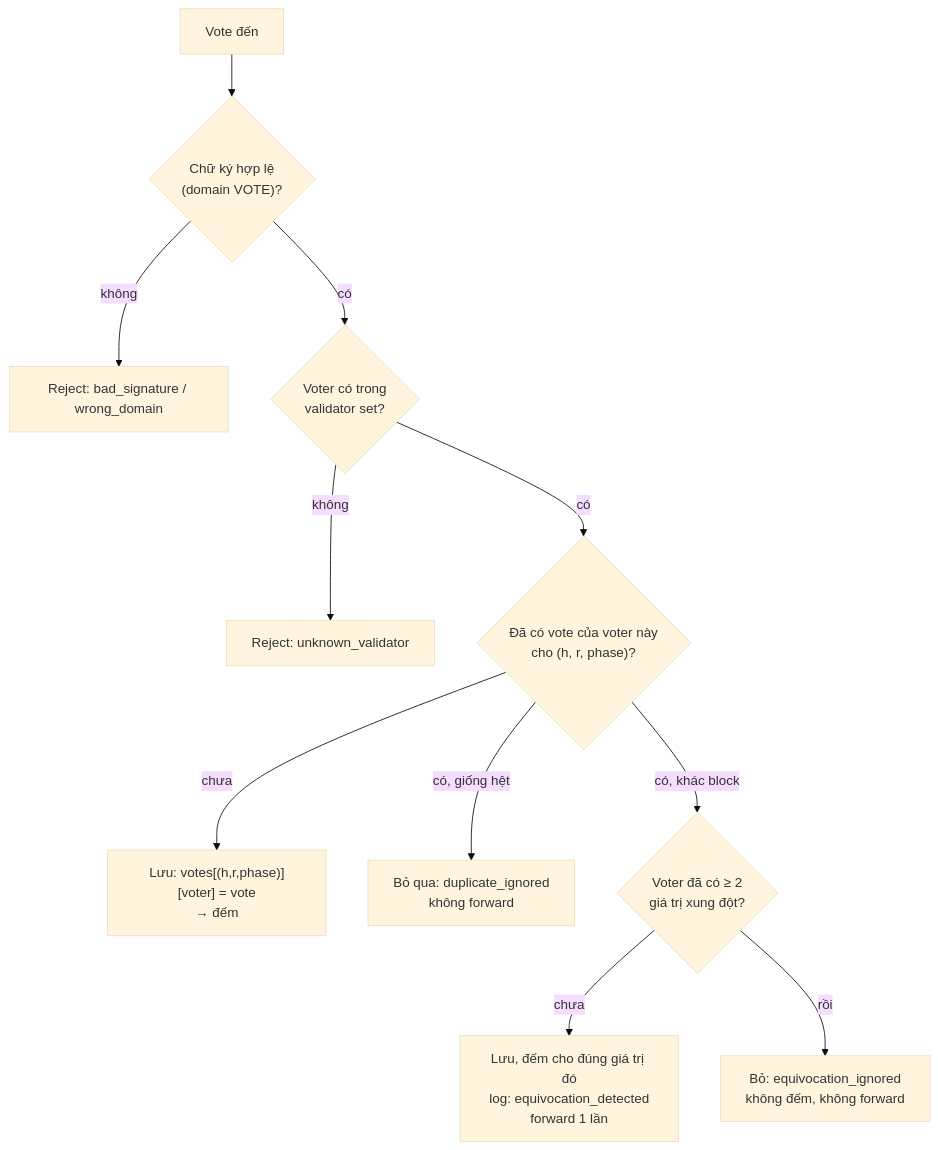
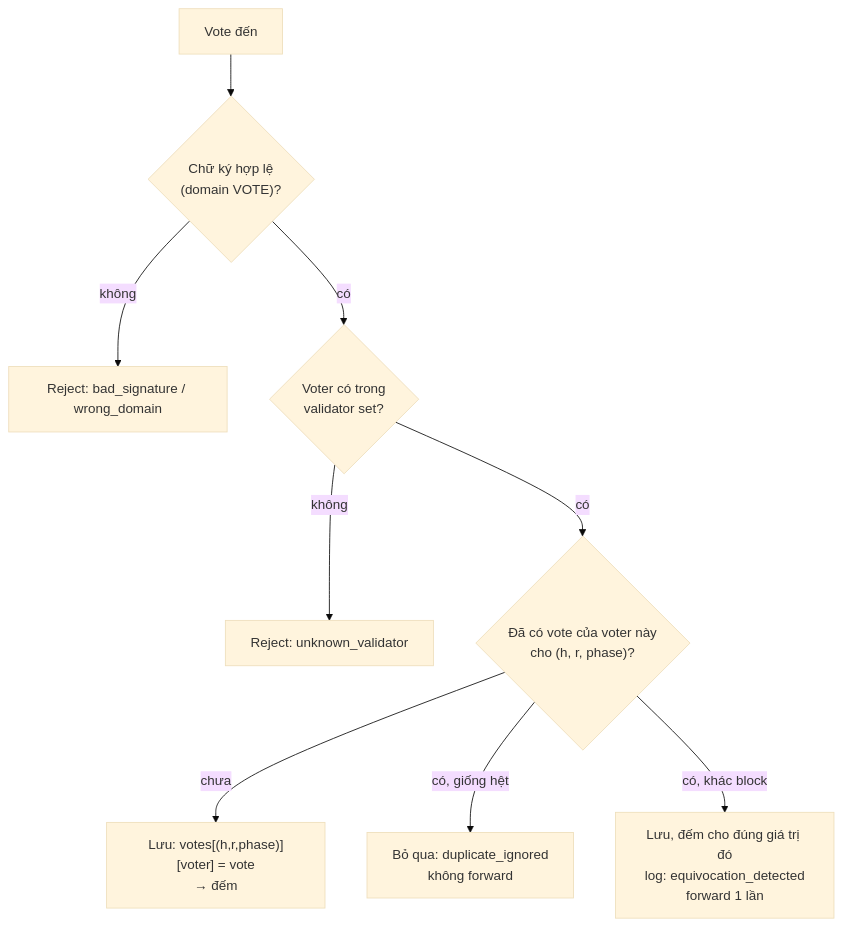
Diagram 30 of 43 in docs/CONCEPT_GUIDE.md (clgp-aint-cool/blockchain-lab01), drawn with Mermaid (base theme) before and after one commit. The commit also changed other lines of this file and 4 other files, not shown here.

````diff
--- a/docs/CONCEPT_GUIDE.md
+++ b/docs/CONCEPT_GUIDE.md
@@ -887,13 +887,11 @@
 ```mermaid
 flowchart TD
     A["Vote đến"] --> B{"Chữ ký hợp lệ<br/>(domain VOTE)?"}
     B -- không --> R1["Reject: bad_signature / wrong_domain"]
     B -- có --> C{"Voter có trong<br/>validator set?"}
     C -- không --> R2["Reject: unknown_validator"]
     C -- có --> D{"Đã có vote của voter này<br/>cho (h, r, phase)?"}
     D -- "chưa" --> ADD["Lưu: votes[(h,r,phase)][voter] = vote<br/>→ đếm"]
     D -- "có, giống hệt" --> DUP["Bỏ qua: duplicate_ignored<br/>không forward"]
-    D -- "có, khác block" --> EQ{"Voter đã có ≥ 2<br/>giá trị xung đột?"}
-    EQ -- "chưa" --> EQC["Lưu, đếm cho đúng giá trị đó<br/>log: equivocation_detected<br/>forward 1 lần"]
-    EQ -- "rồi" --> EQI["Bỏ: equivocation_ignored<br/>không đếm, không forward"]
+    D -- "có, khác block" --> EQ["Lưu, đếm cho đúng giá trị đó<br/>log: equivocation_detected<br/>forward 1 lần"]
 ```
````
